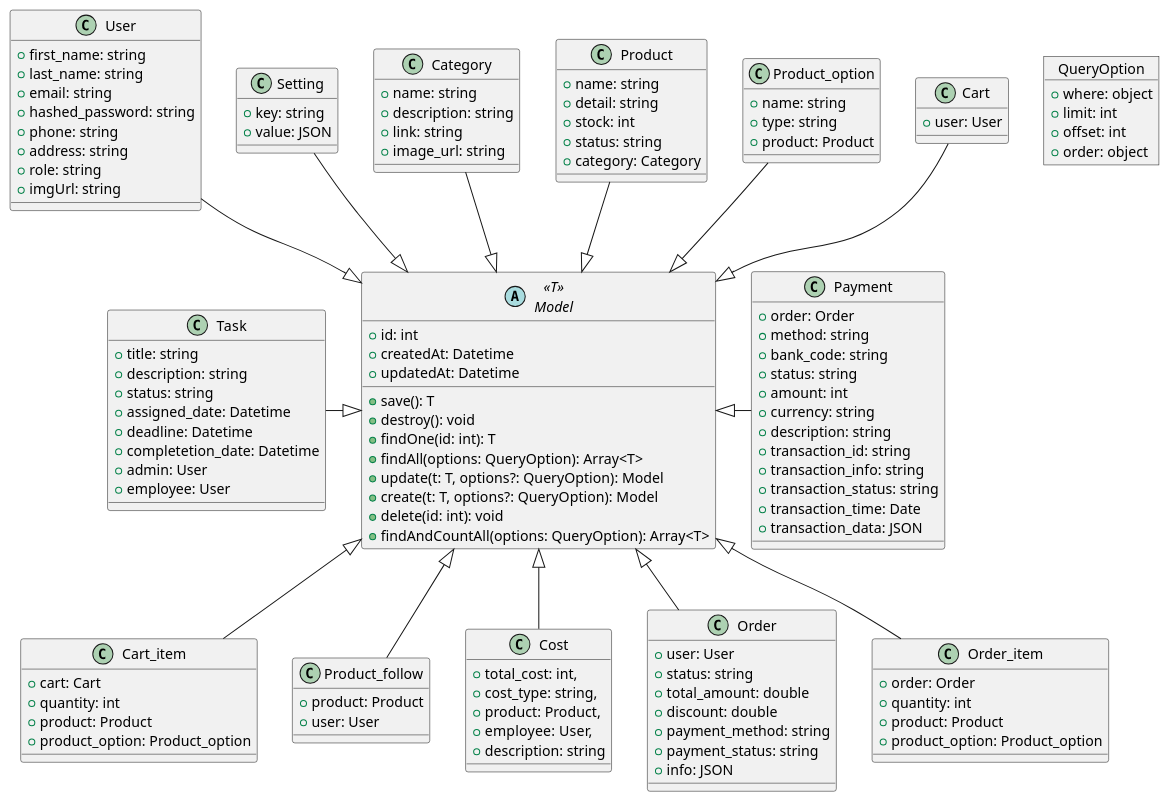
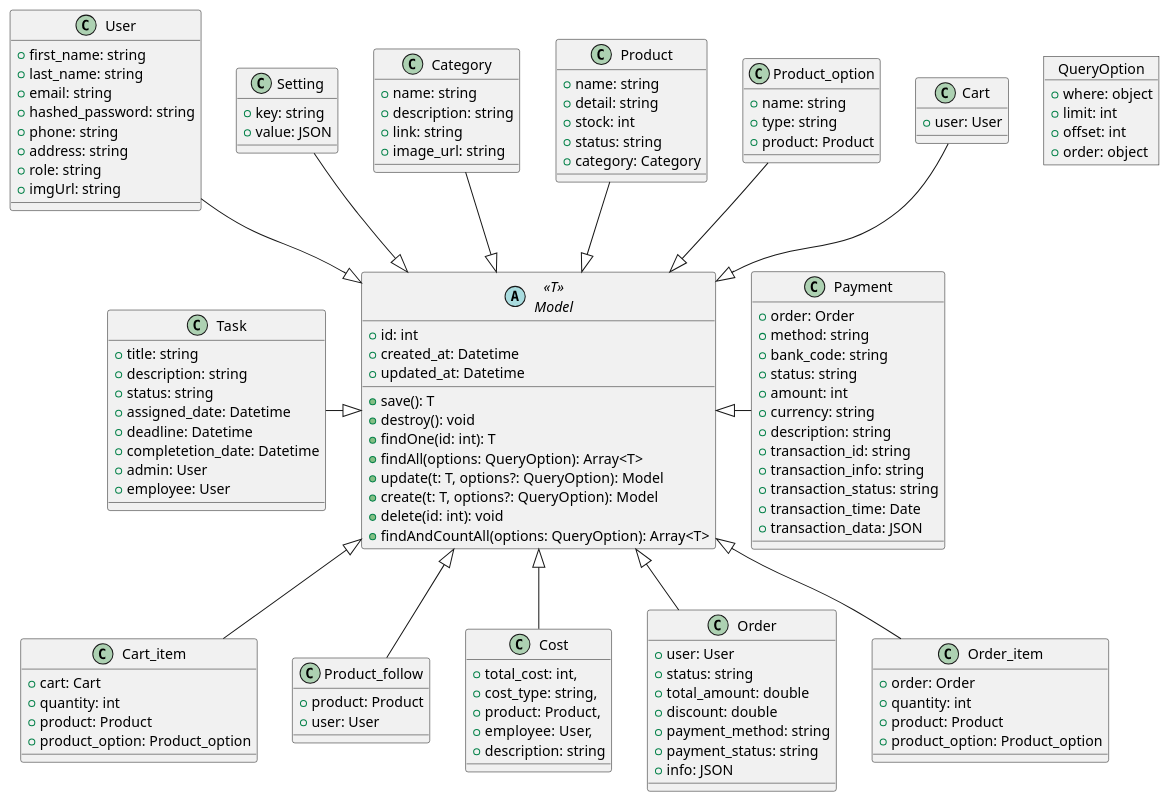
Before and after one commit to vkq2808/car-accessories-eccomerce: the diagram in puml/class-diagram-models.puml, drawn with PlantUML. The commit also changed 41 other files, not shown here.

```diff
--- a/puml/class-diagram-models.puml
+++ b/puml/class-diagram-models.puml
@@ -1,147 +1,147 @@
 @startuml class_diagram_models
 skinparam DefaultFontName "Times New Roman"
 skinparam DefaultFontSize 14
 
 User --|> Model
 Setting --|> Model
 Category --|> Model
 Product --|> Model
 Product_option --|> Model
 Cart --|> Model
 Model <|-- Cart_item
 Model <|-- Product_follow
 Model <|-- Cost
 Model <|-- Order
 Model <|-- Order_item
 
 Payment -left-|> Model
 Task -right-|> Model
 
 abstract class Model<<T>> {
     +id: int
-    +createdAt: Datetime
-    +updatedAt: Datetime
+    +created_at: Datetime
+    +updated_at: Datetime
 
     +save(): T
     +destroy(): void
     +findOne(id: int): T
     +findAll(options: QueryOption): Array<T>
     +update(t: T, options?: QueryOption): Model
     +create(t: T, options?: QueryOption): Model
     +delete(id: int): void
     +findAndCountAll(options: QueryOption): Array<T>
 }
 
 object QueryOption {
     +where: object
     +limit: int
     +offset: int
     +order: object
 }
 
 class Task {
   +title: string
   +description: string
   +status: string
   +assigned_date: Datetime
   +deadline: Datetime
   +completetion_date: Datetime
   +admin: User
   +employee: User
 }
 
 class Setting {
   +key: string
   +value: JSON
 }
 
 class Category {
   +name: string
   +description: string
   +link: string
   +image_url: string
 }
 
 class Product {
   +name: string
   +detail: string
   +stock: int
   +status: string
   +category: Category
 }
 
 class Product_option {
   +name: string
   +type: string
   +product: Product
 }
 
 class Cart {
   +user: User
 }
 
 class Cart_item {
   +cart: Cart
   +quantity: int
   +product: Product
   +product_option: Product_option
 }
 
 class Product_follow {
   +product: Product
   +user: User
 }
 
 class User {
   +first_name: string
   +last_name: string
   +email: string
   +hashed_password: string
   +phone: string
   +address: string
   +role: string
   +imgUrl: string
 }
 
 class Cost {
   +total_cost: int,
   +cost_type: string,
   +product: Product,
   +employee: User,
   +description: string
 }
 
 class Order {
   +user: User
   +status: string
   +total_amount: double
   +discount: double
   +payment_method: string
   +payment_status: string
   +info: JSON
 }
 
 class Order_item {
   +order: Order
   +quantity: int
   +product: Product
   +product_option: Product_option
 }
 
 class Payment {
   +order: Order
   +method: string
   +bank_code: string
   +status: string
   +amount: int
   +currency: string
   +description: string
   +transaction_id: string
   +transaction_info: string
   +transaction_status: string
   +transaction_time: Date
   +transaction_data: JSON
 }
 
 
 @enduml
```
